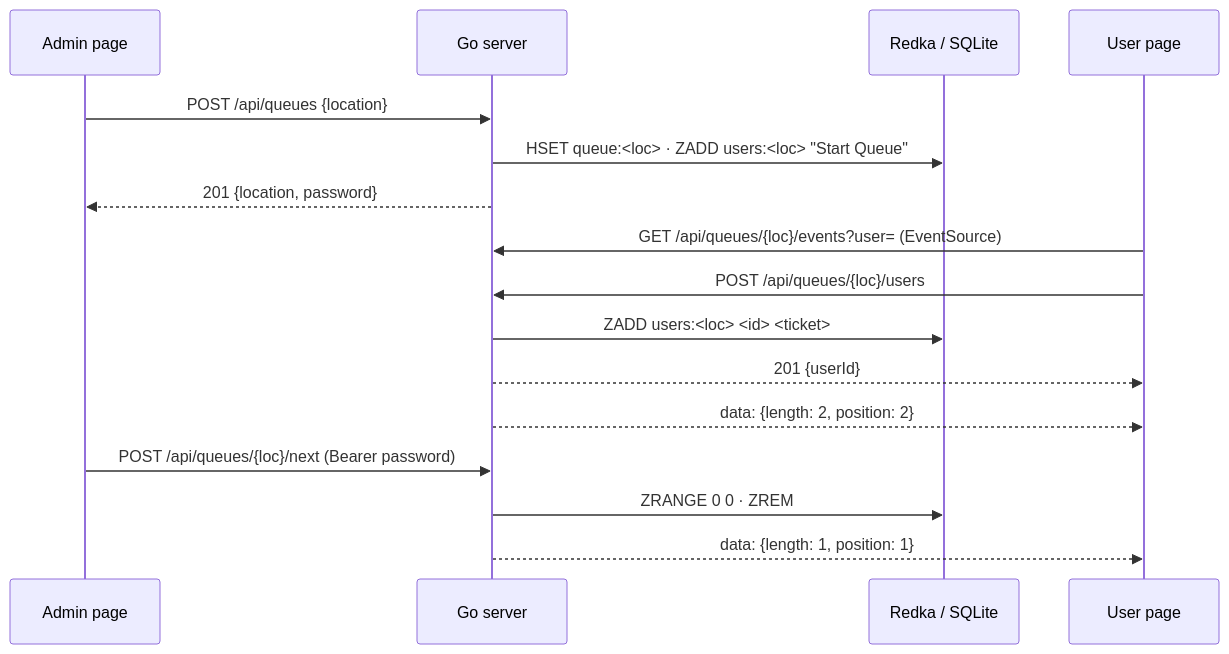
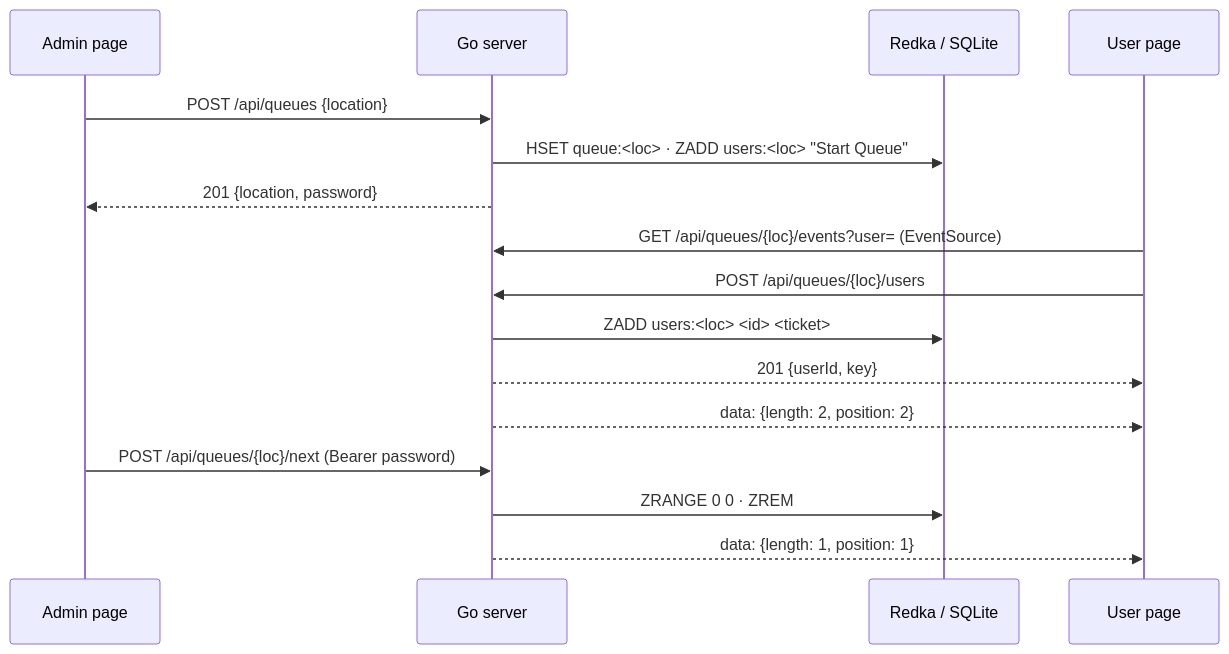
One commit to barakplasma/in-person-queue changed the diagram in README.md. Above: the diagram before and after it, drawn with Mermaid. The commit also changed other lines of this file and 15 other files, not shown here.

````diff
--- a/README.md
+++ b/README.md
@@ -87,18 +87,18 @@
 ```mermaid
 sequenceDiagram
   participant A as Admin page
   participant S as Go server
   participant D as Redka / SQLite
   participant U as User page
   A->>S: POST /api/queues {location}
   S->>D: HSET queue:<loc> · ZADD users:<loc> "Start Queue"
   S-->>A: 201 {location, password}
   U->>S: GET /api/queues/{loc}/events?user= (EventSource)
   U->>S: POST /api/queues/{loc}/users
   S->>D: ZADD users:<loc> <id> <ticket>
-  S-->>U: 201 {userId}
+  S-->>U: 201 {userId, key}
   S-->>U: data: {length: 2, position: 2}
   A->>S: POST /api/queues/{loc}/next (Bearer password)
   S->>D: ZRANGE 0 0 · ZREM
   S-->>U: data: {length: 1, position: 1}
 ```
````
